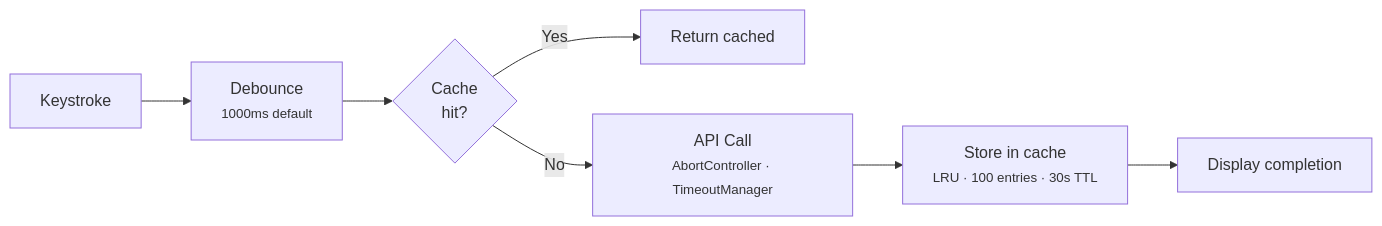
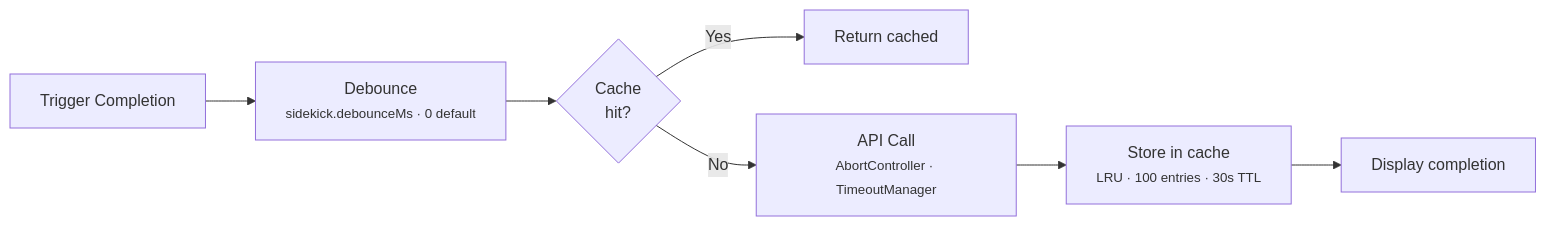
Before and after one commit to cesarandreslopez/sidekick-agent-hub: the second of 2 diagrams in docs/architecture/overview.md, drawn with Mermaid. The commit also changed other lines of this file and 20 other files, not shown here.

````diff
--- a/docs/architecture/overview.md
+++ b/docs/architecture/overview.md
@@ -63,9 +98,9 @@
 ```mermaid
 flowchart LR
-    K["Keystroke"] --> D["Debounce<br/><small>1000ms default</small>"]
+    T["Trigger Completion"] --> D["Debounce<br/><small>sidekick.debounceMs · 0 default</small>"]
     D --> CC{"Cache\nhit?"}
     CC -->|Yes| R["Return cached"]
     CC -->|No| API["API Call<br/><small>AbortController · TimeoutManager</small>"]
     API --> CS["Store in cache<br/><small>LRU · 100 entries · 30s TTL</small>"]
     CS --> DI["Display completion"]
 ```
````
